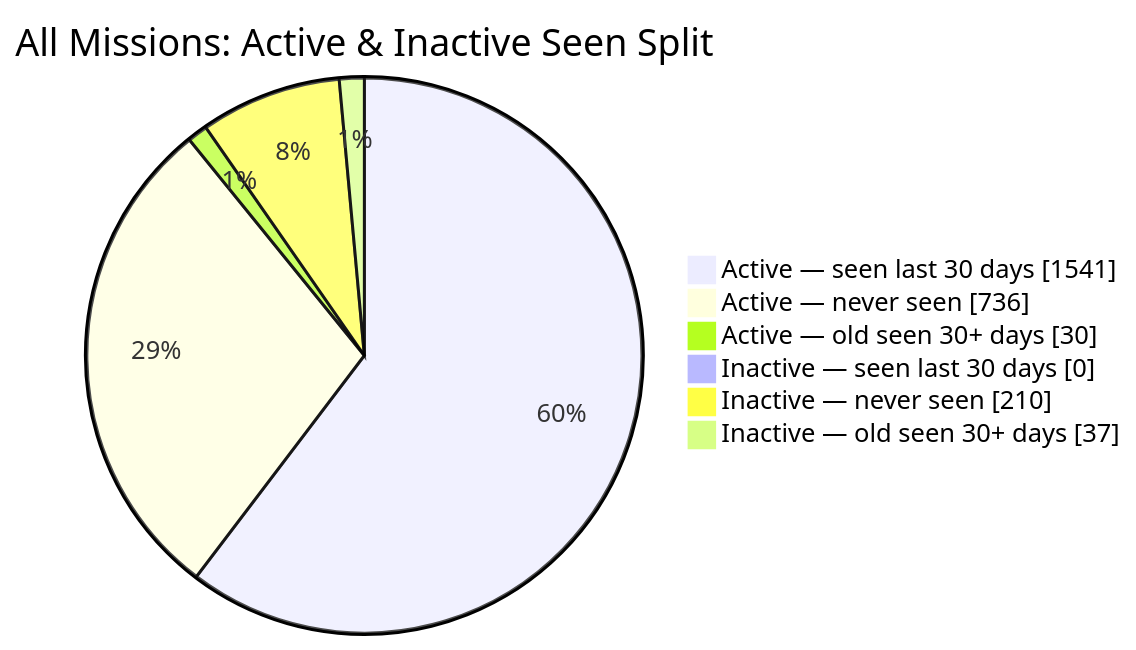
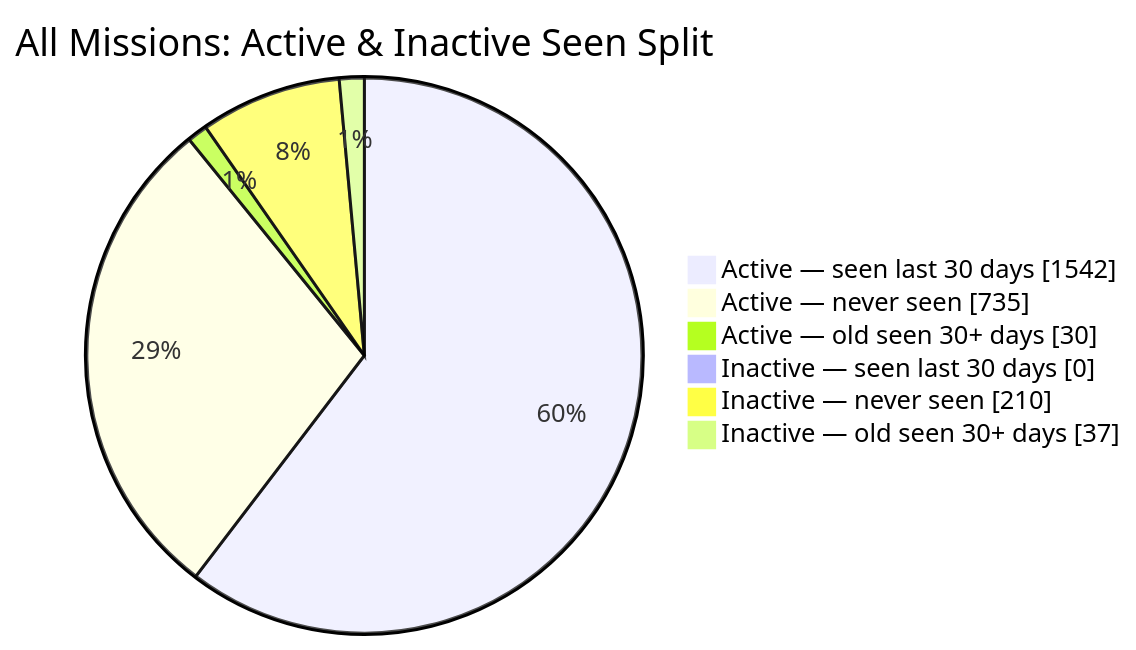
One commit to MeldkamerspelGameTeam/active-missions changed the second of 2 diagrams in README.md. Above: the diagram before and after it, drawn with Mermaid. The commit also changed other lines of this file and 2 other files, not shown here.

````diff
--- a/README.md
+++ b/README.md
@@ -44,10 +44,10 @@
 ```mermaid
 pie showData
     title All Missions: Active & Inactive Seen Split
-    "Active — seen last 30 days" : 1541
-    "Active — never seen" : 736
+    "Active — seen last 30 days" : 1542
+    "Active — never seen" : 735
     "Active — old seen 30+ days" : 30
     "Inactive — seen last 30 days" : 0
     "Inactive — never seen" : 210
     "Inactive — old seen 30+ days" : 37
 ```
````
